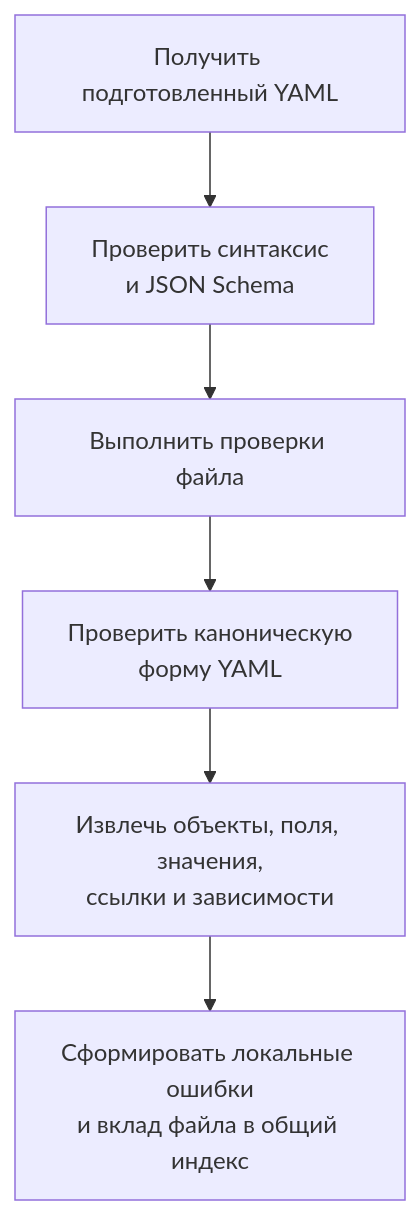
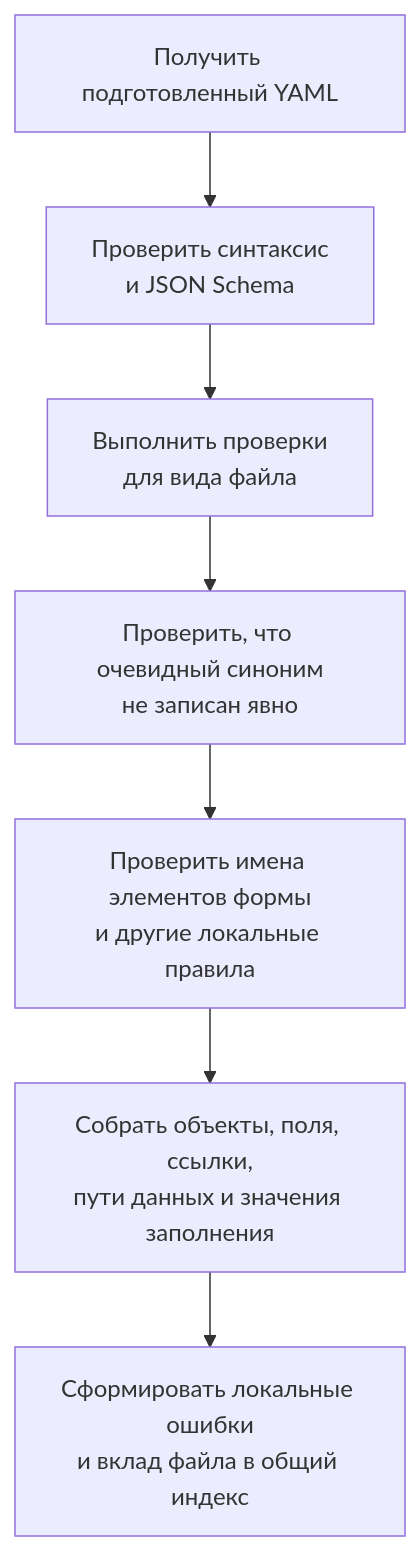
Before and after one commit to crimsongoldteam/nkdk: the third of 11 diagrams in .agents/architecture.md, drawn with Mermaid. The commit also changed other lines of this file, not shown here.

First line of the commit message:
docs: :memo: раскрыть проверки YAML

````diff
--- a/.agents/architecture.md
+++ b/.agents/architecture.md
@@ -113,11 +113,12 @@
 ```mermaid
 flowchart TD
   prepared["Получить подготовленный YAML"]
   schema["Проверить синтаксис<br/>и JSON Schema"]
-  rules["Выполнить проверки файла"]
-  canonical["Проверить каноническую<br/>форму YAML"]
-  facts["Извлечь объекты, поля, значения,<br/>ссылки и зависимости"]
+  rules["Выполнить проверки<br/>для вида файла"]
+  synonym["Проверить, что очевидный синоним<br/>не записан явно"]
+  values["Проверить имена элементов формы<br/>и другие локальные правила"]
+  facts["Собрать объекты, поля, ссылки,<br/>пути данных и значения заполнения"]
   contribution["Сформировать локальные ошибки<br/>и вклад файла в общий индекс"]
 
-  prepared --> schema --> rules --> canonical --> facts --> contribution
+  prepared --> schema --> rules --> synonym --> values --> facts --> contribution
 ```
````
